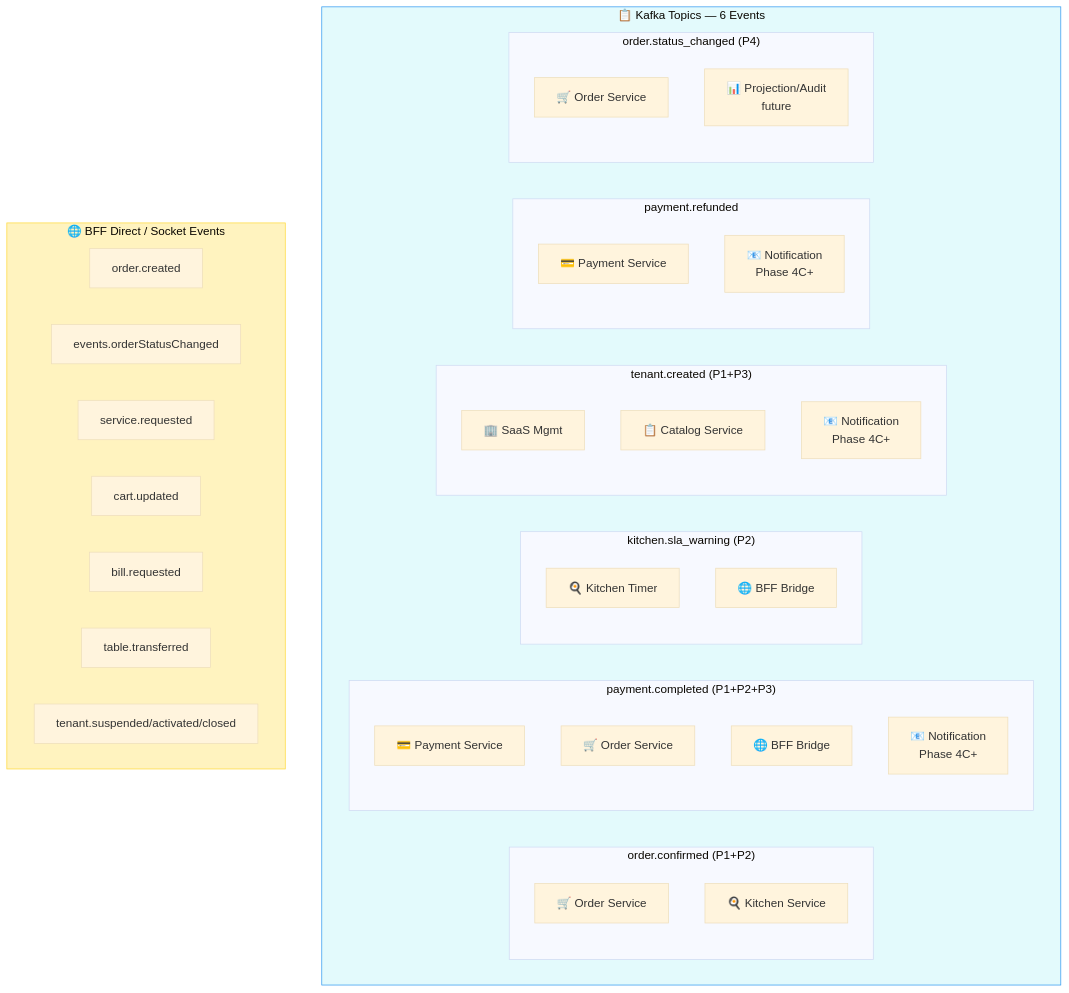
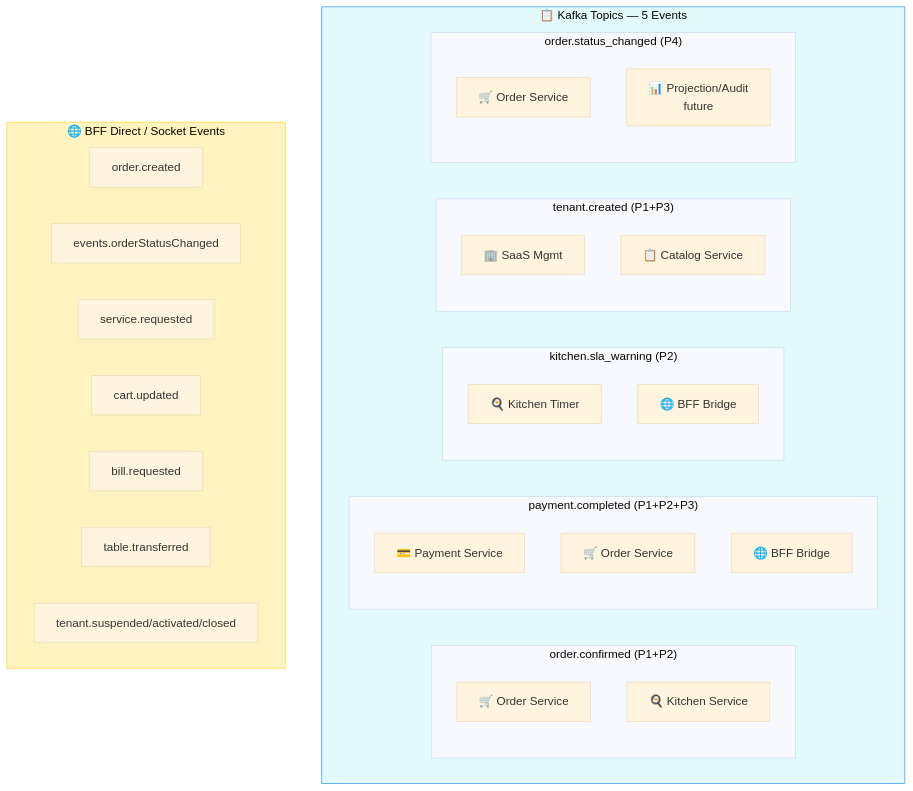
Diagram 27 of 38 in docs/guides/kafka-qrtable.md (quan-vo-dinh/saas-pos-microservices-qrtable), drawn with Mermaid (base theme) before and after one commit. The commit also changed other lines of this file and 31 other files, not shown here.

First line of the commit message:
docs: narrow phase 4c to staff management and drop notification scope

````diff
--- a/docs/guides/kafka-qrtable.md
+++ b/docs/guides/kafka-qrtable.md
@@ -1230,45 +1230,39 @@
 ```mermaid
 graph TB
-    subgraph KAFKA_EVENTS["📋 Kafka Topics — 6 Events"]
+    subgraph KAFKA_EVENTS["📋 Kafka Topics — 5 Events"]
         subgraph T1["order.confirmed (P1+P2)"]
             T1_PROD["🛒 Order Service"]
             T1_CONS1["🍳 Kitchen Service"]
         end
         subgraph T2["payment.completed (P1+P2+P3)"]
             T2_PROD["💳 Payment Service"]
             T2_CONS1["🛒 Order Service"]
             T2_CONS2["🌐 BFF Bridge"]
-            T2_CONS3["📧 Notification<br/>Phase 4C+"]
         end
         subgraph T3["kitchen.sla_warning (P2)"]
             T3_PROD["🍳 Kitchen Timer"]
             T3_CONS1["🌐 BFF Bridge"]
         end
         subgraph T4["tenant.created (P1+P3)"]
             T4_PROD["🏢 SaaS Mgmt"]
             T4_CONS1["📋 Catalog Service"]
-            T4_CONS2["📧 Notification<br/>Phase 4C+"]
         end
-        subgraph T5["payment.refunded"]
-            T5_PROD["💳 Payment Service"]
-            T5_CONS1["📧 Notification<br/>Phase 4C+"]
-        end
-        subgraph T6["order.status_changed (P4)"]
-            T6_PROD["🛒 Order Service"]
-            T6_CONS1["📊 Projection/Audit<br/>future"]
+        subgraph T5["order.status_changed (P4)"]
+            T5_PROD["🛒 Order Service"]
+            T5_CONS1["📊 Projection/Audit<br/>future"]
         end
     end
 
     subgraph BFF_EVENTS["🌐 BFF Direct / Socket Events"]
         BE1["order.created"]
         BE2["events.orderStatusChanged"]
         BE3["service.requested"]
         BE4["cart.updated"]
         BE5["bill.requested"]
         BE6["table.transferred"]
         BE7["tenant.suspended/activated/closed"]
     end
 
     style KAFKA_EVENTS fill:#e3fafc,stroke:#339af0
     style BFF_EVENTS fill:#fff3bf,stroke:#ffd93d
 ```
````
